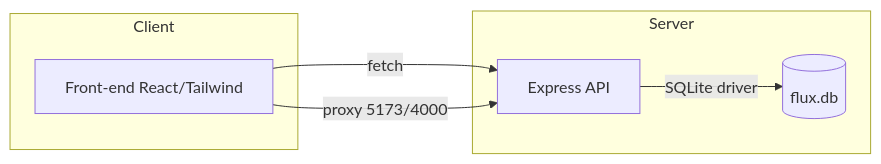
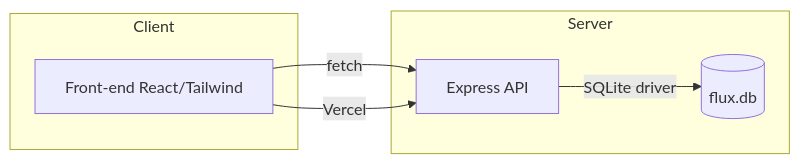
The first of 3 diagrams in docs/architecture.md (Aragao21/Flux), drawn with Mermaid before and after one commit. The commit also changed other lines of this file, not shown here.

````diff
--- a/docs/architecture.md
+++ b/docs/architecture.md
@@ -9,13 +22,13 @@
 ```mermaid
 graph LR
   UI[Front-end React/Tailwind] -- fetch --> API[Express API]
-  UI -- proxy 5173/4000 --> API
+  UI -- Vercel --> API
   API -- SQLite driver --> DB[(flux.db)]
   subgraph Client
     UI
   end
   subgraph Server
     API
     DB
   end
 ```
````
